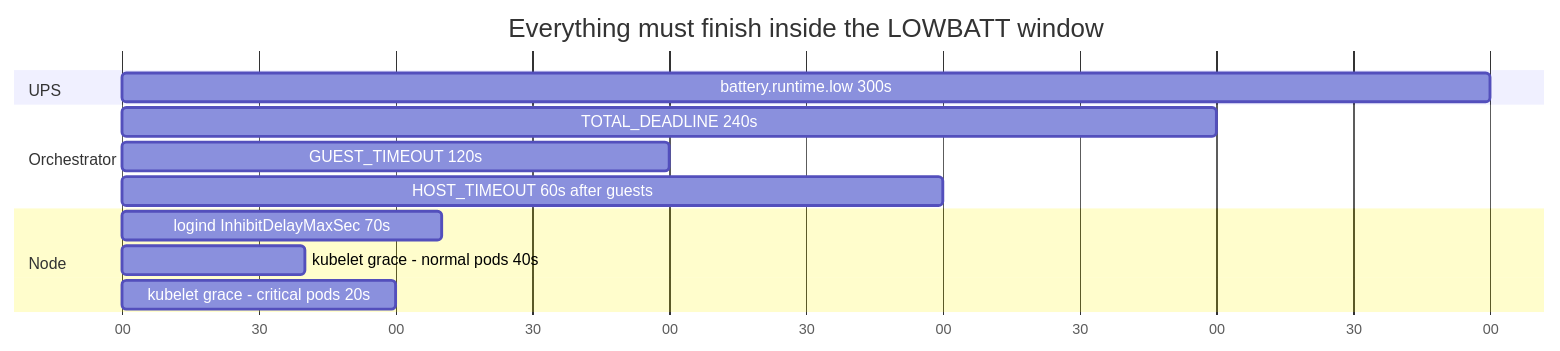
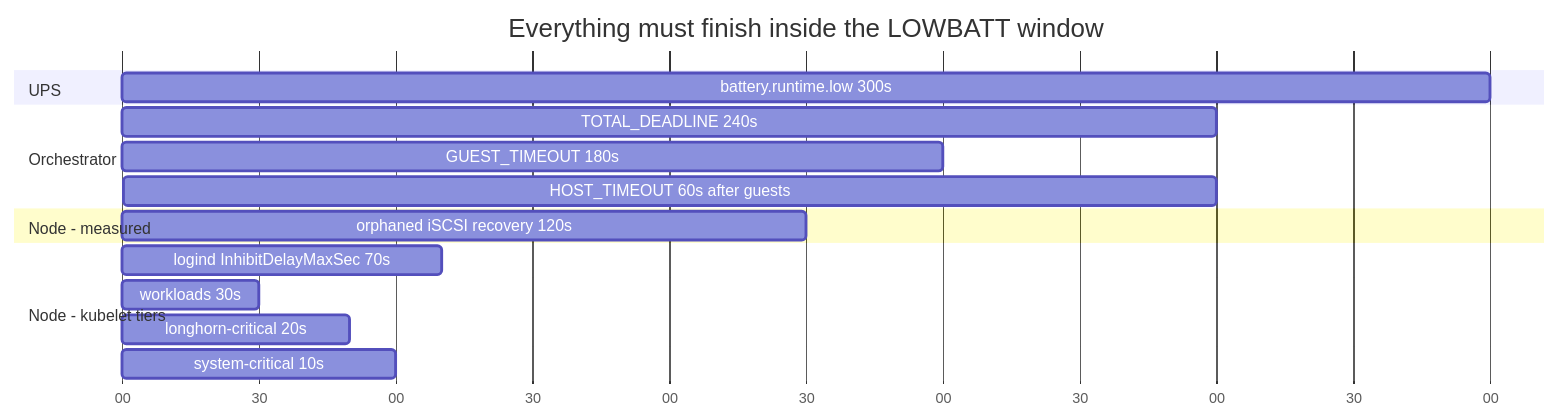
One commit to vollminlab/homelab-infrastructure changed the fourth of 5 diagrams in docs/ups-graceful-shutdown.md. Above: the diagram before and after it, drawn with Mermaid. The commit also changed other lines of this file and 1 other file, not shown here.

First line of the commit message:
fix(ups): raise GUEST_TIMEOUT to 180s — every node missed the 120s window

````diff
--- a/docs/ups-graceful-shutdown.md
+++ b/docs/ups-graceful-shutdown.md
@@ -230,16 +230,19 @@
 ```mermaid
 gantt
     title Everything must finish inside the LOWBATT window
     dateFormat X
     axisFormat %S
     section UPS
     battery.runtime.low 300s           :0, 300
     section Orchestrator
     TOTAL_DEADLINE  240s               :0, 240
-    GUEST_TIMEOUT  120s                :0, 120
-    HOST_TIMEOUT 60s after guests      :120, 180
-    section Node
+    GUEST_TIMEOUT  180s                :0, 180
+    HOST_TIMEOUT 60s after guests      :180, 240
+    section Node - measured
+    orphaned iSCSI recovery 120s       :30, 150
+    section Node - kubelet tiers
     logind InhibitDelayMaxSec 70s      :0, 70
-    kubelet grace - normal pods 40s    :0, 40
-    kubelet grace - critical pods 20s  :40, 60
+    workloads 30s                      :0, 30
+    longhorn-critical 20s              :30, 50
+    system-critical 10s                :50, 60
 ```
````
